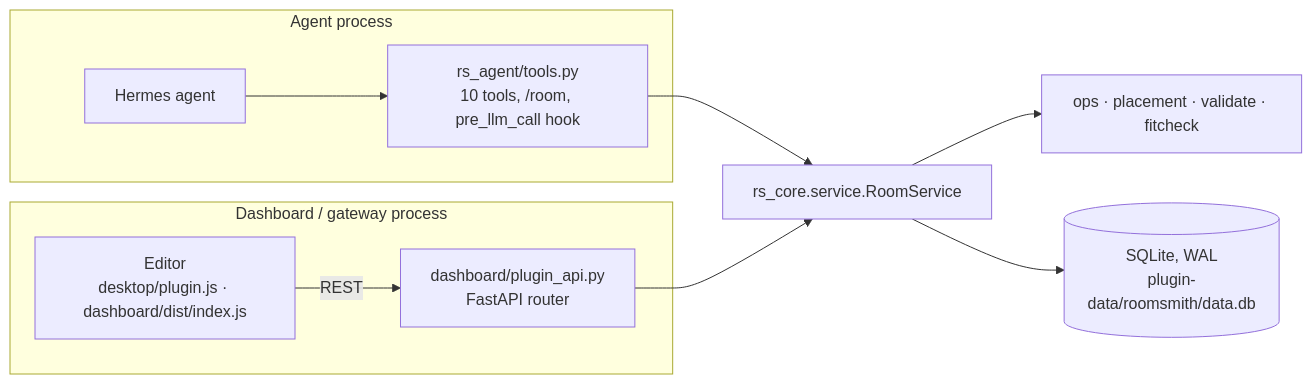
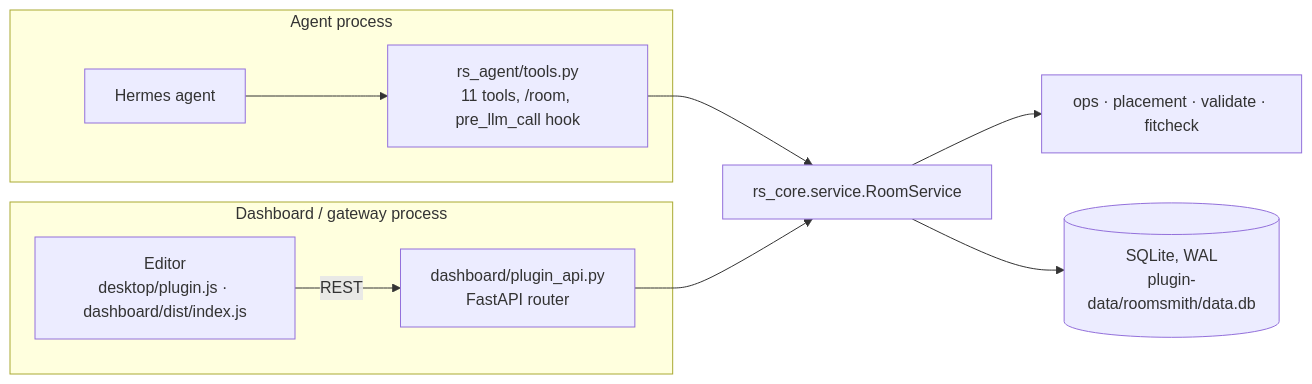
The diagram in docs/ARCHITECTURE.md (devSebb/roomsmith), drawn with Mermaid before and after one commit. The commit also changed other lines of this file and 5 other files, not shown here.

````diff
--- a/docs/ARCHITECTURE.md
+++ b/docs/ARCHITECTURE.md
@@ -7,13 +7,13 @@
 ```mermaid
 flowchart LR
   subgraph agent["Agent process"]
-    H["Hermes agent"] --> T["rs_agent/tools.py<br/>10 tools, /room, pre_llm_call hook"]
+    H["Hermes agent"] --> T["rs_agent/tools.py<br/>11 tools, /room, pre_llm_call hook"]
   end
   subgraph web["Dashboard / gateway process"]
     E["Editor<br/>desktop/plugin.js · dashboard/dist/index.js"] -->|REST| A["dashboard/plugin_api.py<br/>FastAPI router"]
   end
   T --> S["rs_core.service.RoomService"]
   A --> S
   S --> O["ops · placement · validate · fitcheck"]
   S --> DB[("SQLite, WAL<br/>plugin-data/roomsmith/data.db")]
 ```
````
